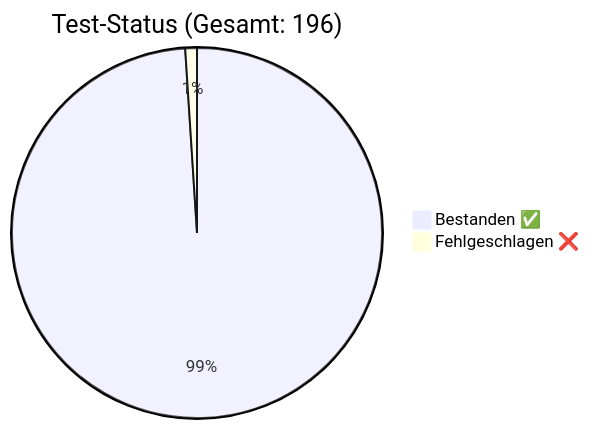
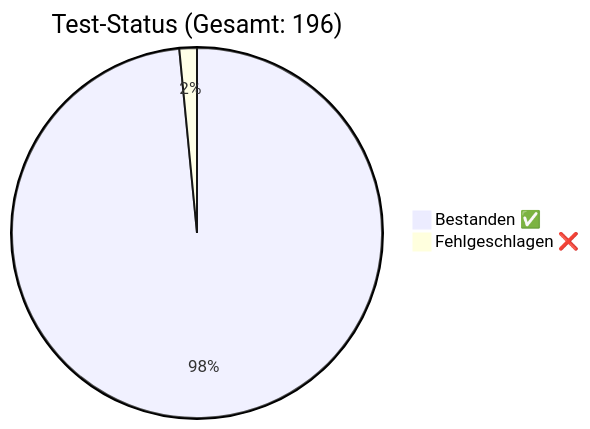
One commit to rorila/GCS changed the diagram in docs/QA_Report.md. Above: the diagram before and after it, drawn with Mermaid. The commit also changed other lines of this file and 15 other files, not shown here.

````diff
--- a/docs/QA_Report.md
+++ b/docs/QA_Report.md
@@ -7,5 +7,5 @@
 ```mermaid
 pie title Test-Status (Gesamt: 196)
-    "Bestanden ✅" : 194
-    "Fehlgeschlagen ❌" : 2
+    "Bestanden ✅" : 193
+    "Fehlgeschlagen ❌" : 3
 ```
````
